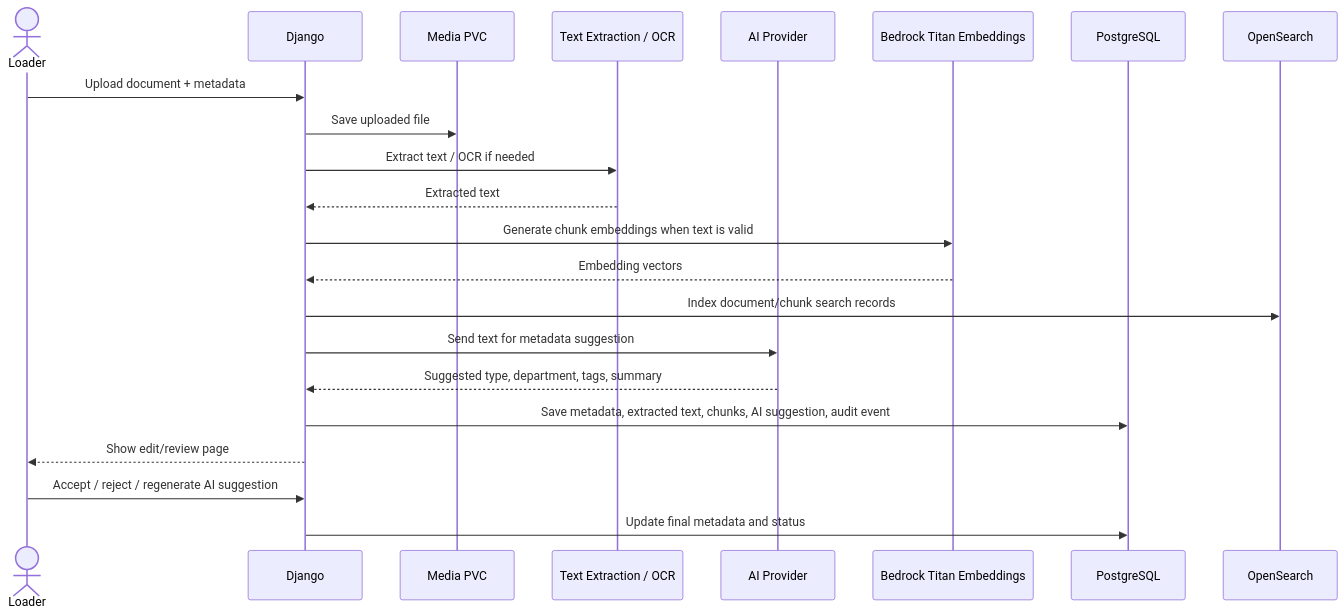
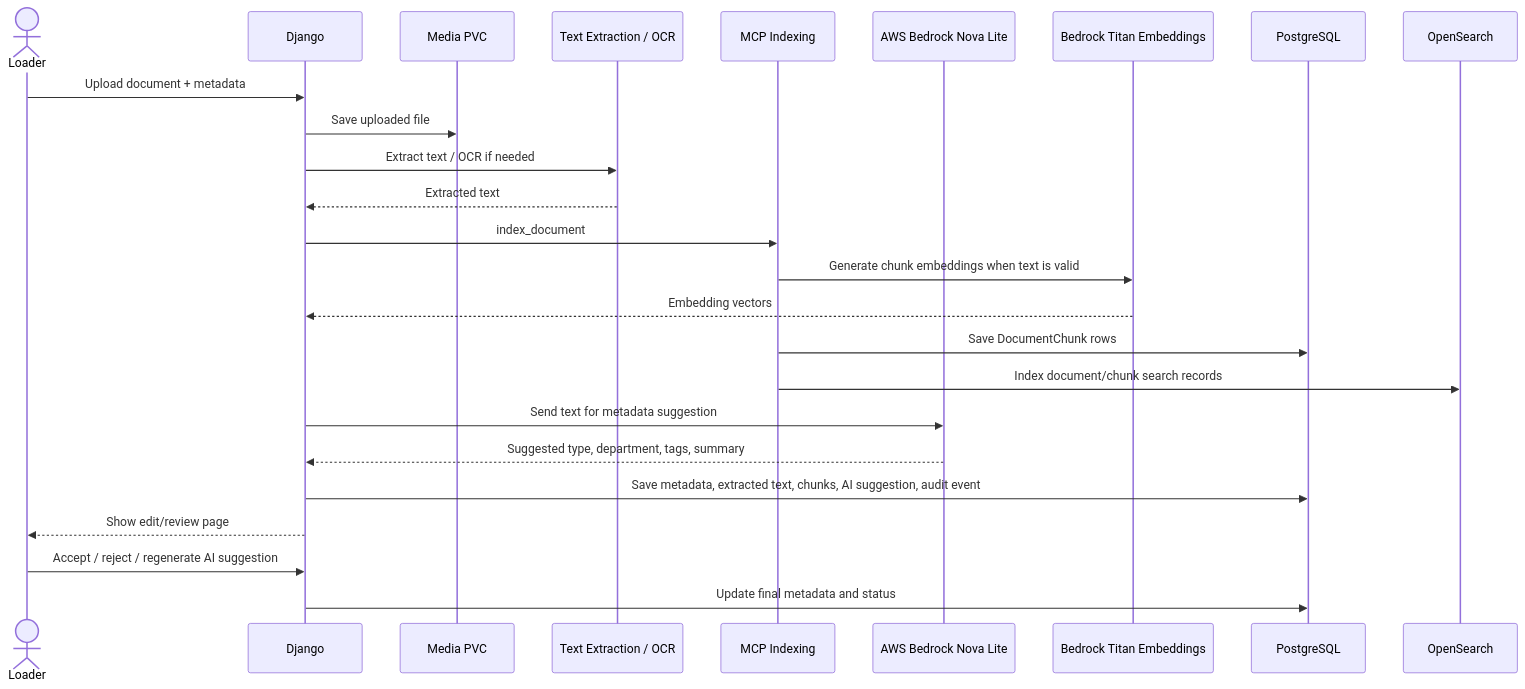
Before and after one commit to khaliqueaws-creator/document-management: the first of 5 diagrams in docs/ai-workflow.md, drawn with Mermaid. The commit also changed other lines of this file and 6 other files, not shown here.

Commit message:
Align docs with MCP architecture

````diff
--- a/docs/ai-workflow.md
+++ b/docs/ai-workflow.md
@@ -9,25 +9,28 @@
 ```mermaid
 sequenceDiagram
     actor Loader
     participant Django
     participant Media as Media PVC
     participant OCR as Text Extraction / OCR
-    participant AI as AI Provider
+    participant MCPIndex as MCP Indexing
+    participant AI as AWS Bedrock Nova Lite
     participant Embeddings as Bedrock Titan Embeddings
     participant DB as PostgreSQL
     participant Search as OpenSearch
 
     Loader->>Django: Upload document + metadata
     Django->>Media: Save uploaded file
     Django->>OCR: Extract text / OCR if needed
     OCR-->>Django: Extracted text
-    Django->>Embeddings: Generate chunk embeddings when text is valid
+    Django->>MCPIndex: index_document
+    MCPIndex->>Embeddings: Generate chunk embeddings when text is valid
     Embeddings-->>Django: Embedding vectors
-    Django->>Search: Index document/chunk search records
+    MCPIndex->>DB: Save DocumentChunk rows
+    MCPIndex->>Search: Index document/chunk search records
     Django->>AI: Send text for metadata suggestion
     AI-->>Django: Suggested type, department, tags, summary
     Django->>DB: Save metadata, extracted text, chunks, AI suggestion, audit event
     Django-->>Loader: Show edit/review page
     Loader->>Django: Accept / reject / regenerate AI suggestion
     Django->>DB: Update final metadata and status
 ```
````
